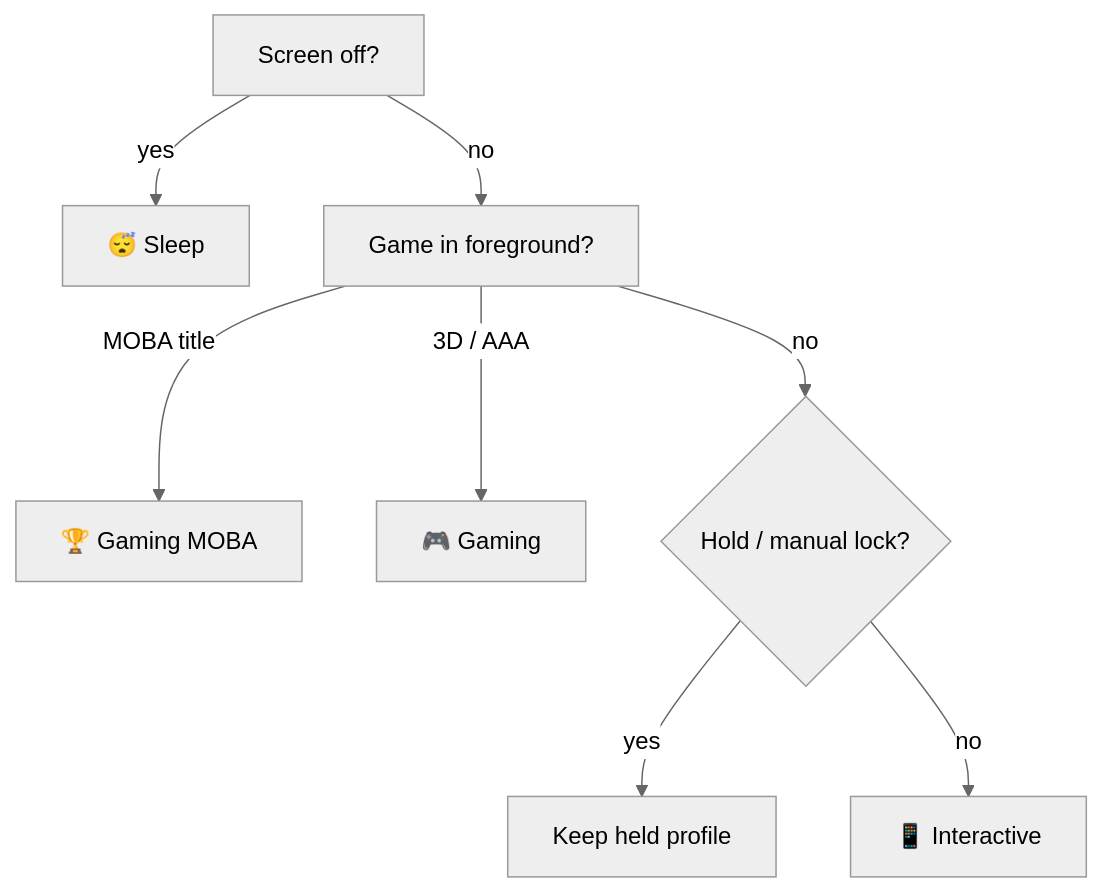
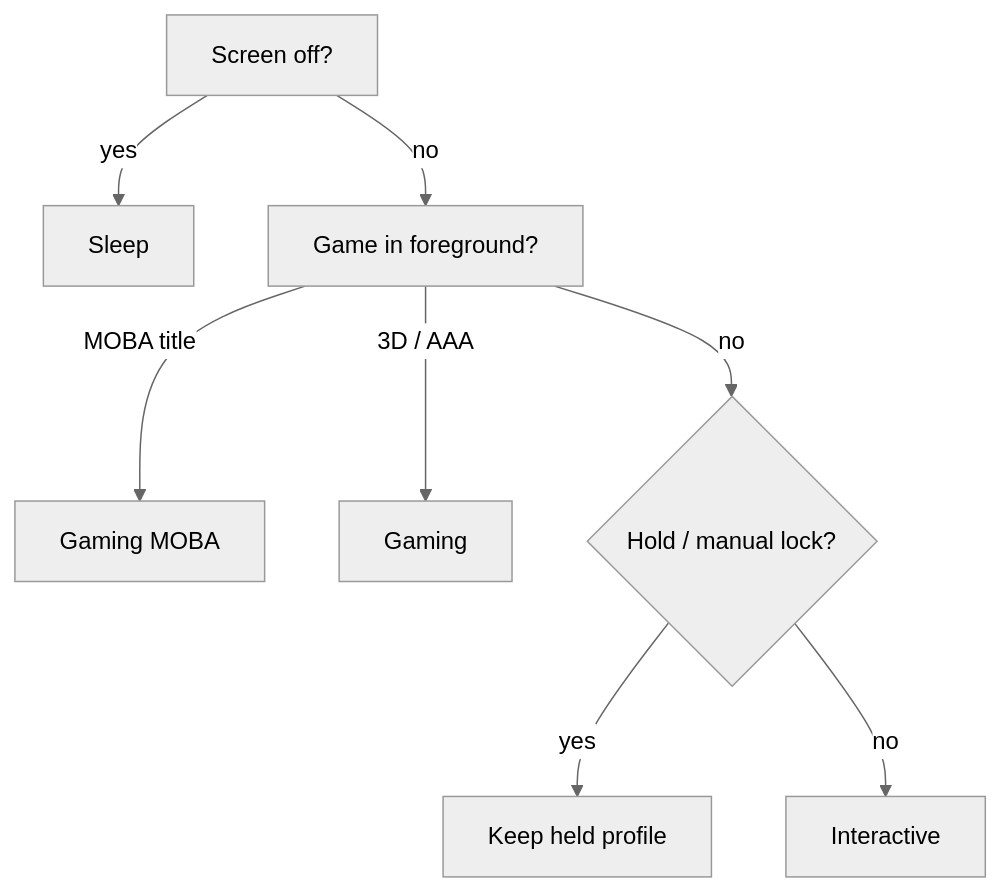
Before and after one commit to itswill00/hypercore: the first of 3 diagrams in README.md, drawn with Mermaid (neutral theme). The commit also changed other lines of this file, not shown here.

````diff
--- a/README.md
+++ b/README.md
@@ -146,10 +146,10 @@
 ```mermaid
 flowchart TD
-    A[Screen off?] -->|yes| S[😴 Sleep]
+    A[Screen off?] -->|yes| S[Sleep]
     A -->|no| B[Game in foreground?]
-    B -->|MOBA title| M[🏆 Gaming MOBA]
-    B -->|3D / AAA| G[🎮 Gaming]
+    B -->|MOBA title| M[Gaming MOBA]
+    B -->|3D / AAA| G[Gaming]
     B -->|no| C{Hold / manual lock?}
     C -->|yes| H[Keep held profile]
-    C -->|no| I[📱 Interactive]
+    C -->|no| I[Interactive]
 ```
````
